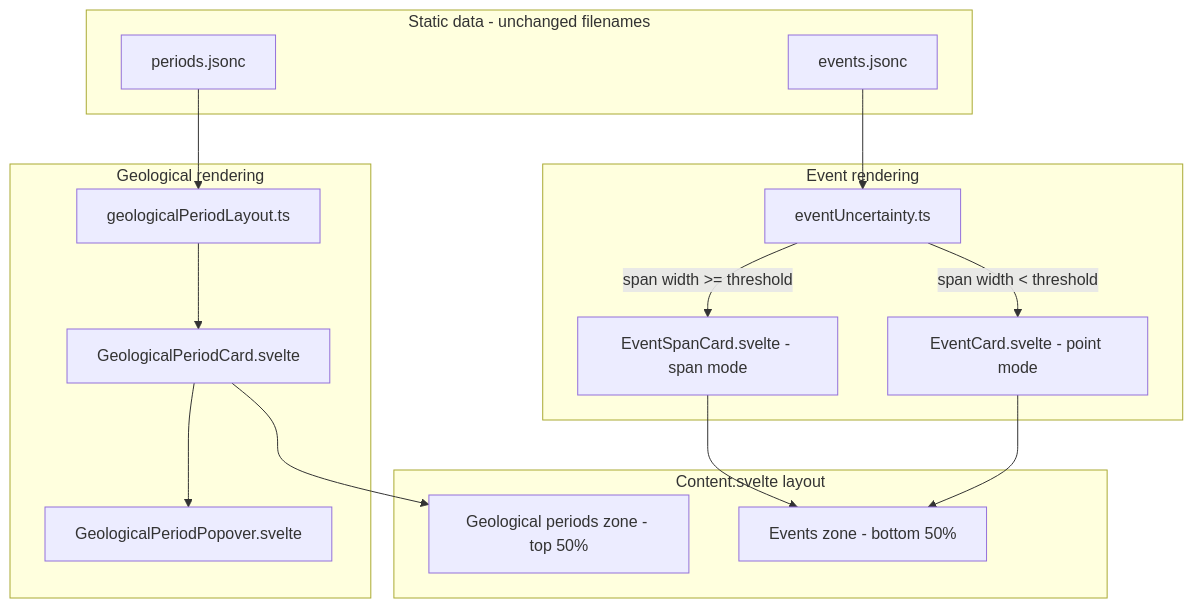
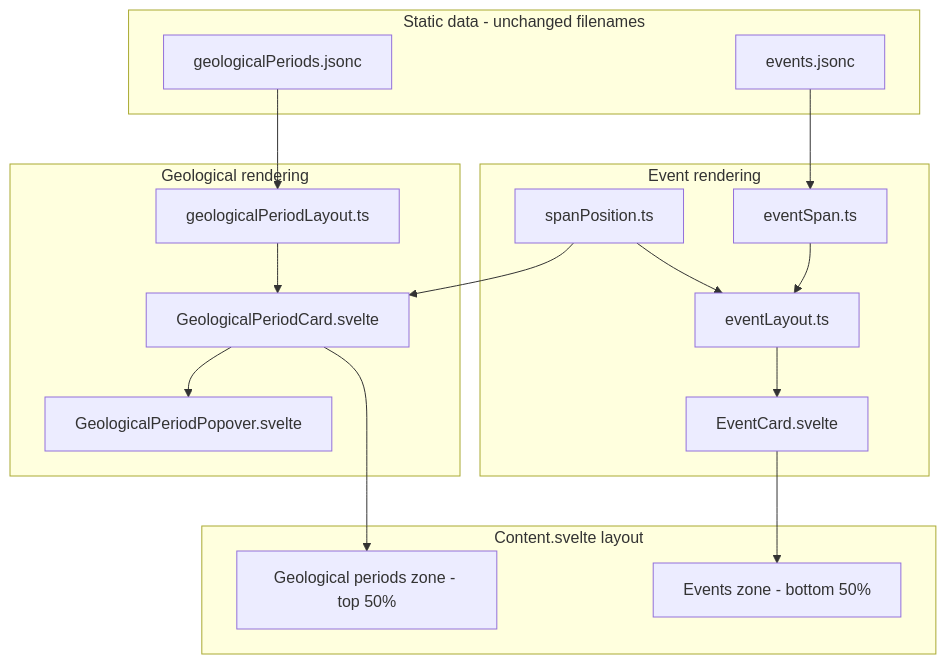
One commit to bolinocroustibat/universe-timeline changed the diagram in docs/plans/geological-periods-and-uncertainty-spans.md. Above: the diagram before and after it, drawn with Mermaid. The commit also changed other lines of this file and 19 other files, not shown here.

Commit message:
feat(wip): refactor events to be ranges and periods

````diff
--- a/docs/plans/geological-periods-and-uncertainty-spans.md
+++ b/docs/plans/geological-periods-and-uncertainty-spans.md
@@ -9,30 +11,31 @@
 ```mermaid
 flowchart TB
   subgraph data [Static data - unchanged filenames]
-    periodsJsonc["periods.jsonc"]
+    geologicalPeriodsJsonc["geologicalPeriods.jsonc"]
     eventsJsonc["events.jsonc"]
   end
 
   subgraph content [Content.svelte layout]
     geoZone["Geological periods zone - top 50%"]
     eventsZone["Events zone - bottom 50%"]
   end
 
   subgraph geoRender [Geological rendering]
     geoLayout["geologicalPeriodLayout.ts"]
     geoCard["GeologicalPeriodCard.svelte"]
     geoPopover["GeologicalPeriodPopover.svelte"]
   end
 
   subgraph eventRender [Event rendering]
-    uncertainty["eventUncertainty.ts"]
-    pointCard["EventCard.svelte - point mode"]
-    spanCard["EventSpanCard.svelte - span mode"]
+    eventSpan["eventSpan.ts"]
+    eventLayout["eventLayout.ts"]
+    spanPosition["spanPosition.ts"]
+    eventCard["EventCard.svelte"]
   end
 
-  periodsJsonc --> geoLayout --> geoCard --> geoZone
+  geologicalPeriodsJsonc --> geoLayout --> geoCard --> geoZone
   geoCard --> geoPopover
-  eventsJsonc --> uncertainty
-  uncertainty -->|"span width >= threshold"| spanCard --> eventsZone
-  uncertainty -->|"span width < threshold"| pointCard --> eventsZone
+  eventsJsonc --> eventSpan --> eventLayout --> eventCard --> eventsZone
+  spanPosition --> geoCard
+  spanPosition --> eventLayout
 ```
````
